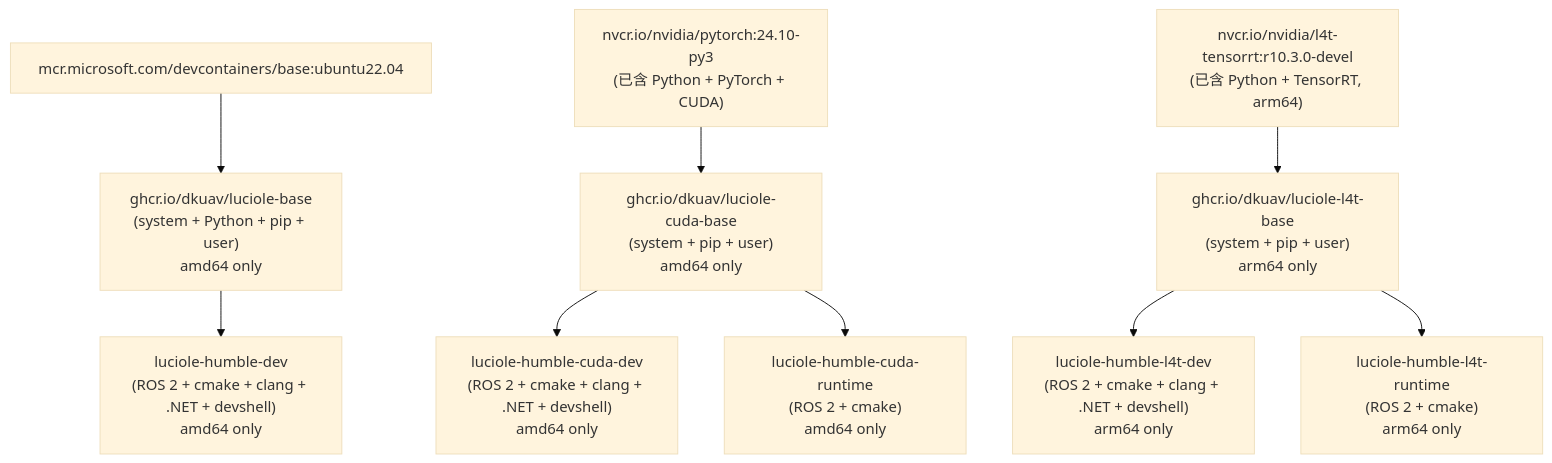
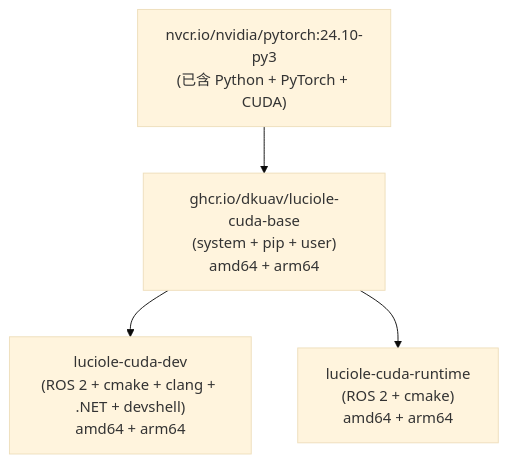
Before and after one commit to DKUAV/images: the first of 2 diagrams in README_zh.md, drawn with Mermaid (base theme). The commit also changed other lines of this file and 40 other files, not shown here.

````diff
--- a/README_zh.md
+++ b/README_zh.md
@@ -11,12 +11,7 @@
 ```mermaid
 graph TD
-  U["mcr.microsoft.com/devcontainers/base:ubuntu22.04"] --> LB["ghcr.io/dkuav/luciole-base\n(system + Python + pip + user)\namd64 only"]
-  C["nvcr.io/nvidia/pytorch:24.10-py3\n(已含 Python + PyTorch + CUDA)"] --> CB["ghcr.io/dkuav/luciole-cuda-base\n(system + pip + user)\namd64 only"]
-  L["nvcr.io/nvidia/l4t-tensorrt:r10.3.0-devel\n(已含 Python + TensorRT, arm64)"] --> LTB["ghcr.io/dkuav/luciole-l4t-base\n(system + pip + user)\narm64 only"]
+  C["nvcr.io/nvidia/pytorch:24.10-py3\n(已含 Python + PyTorch + CUDA)"] --> CB["ghcr.io/dkuav/luciole-cuda-base\n(system + pip + user)\namd64 + arm64"]
 
-  LB --> HD["luciole-humble-dev\n(ROS 2 + cmake + clang + .NET + devshell)\namd64 only"]
-  CB --> HCD["luciole-humble-cuda-dev\n(ROS 2 + cmake + clang + .NET + devshell)\namd64 only"]
-  CB --> HCR["luciole-humble-cuda-runtime\n(ROS 2 + cmake)\namd64 only"]
-  LTB --> HLD["luciole-humble-l4t-dev\n(ROS 2 + cmake + clang + .NET + devshell)\narm64 only"]
-  LTB --> HLR["luciole-humble-l4t-runtime\n(ROS 2 + cmake)\narm64 only"]
+  CB --> HCD["luciole-cuda-dev\n(ROS 2 + cmake + clang + .NET + devshell)\namd64 + arm64"]
+  CB --> HCR["luciole-cuda-runtime\n(ROS 2 + cmake)\namd64 + arm64"]
 ```
````
